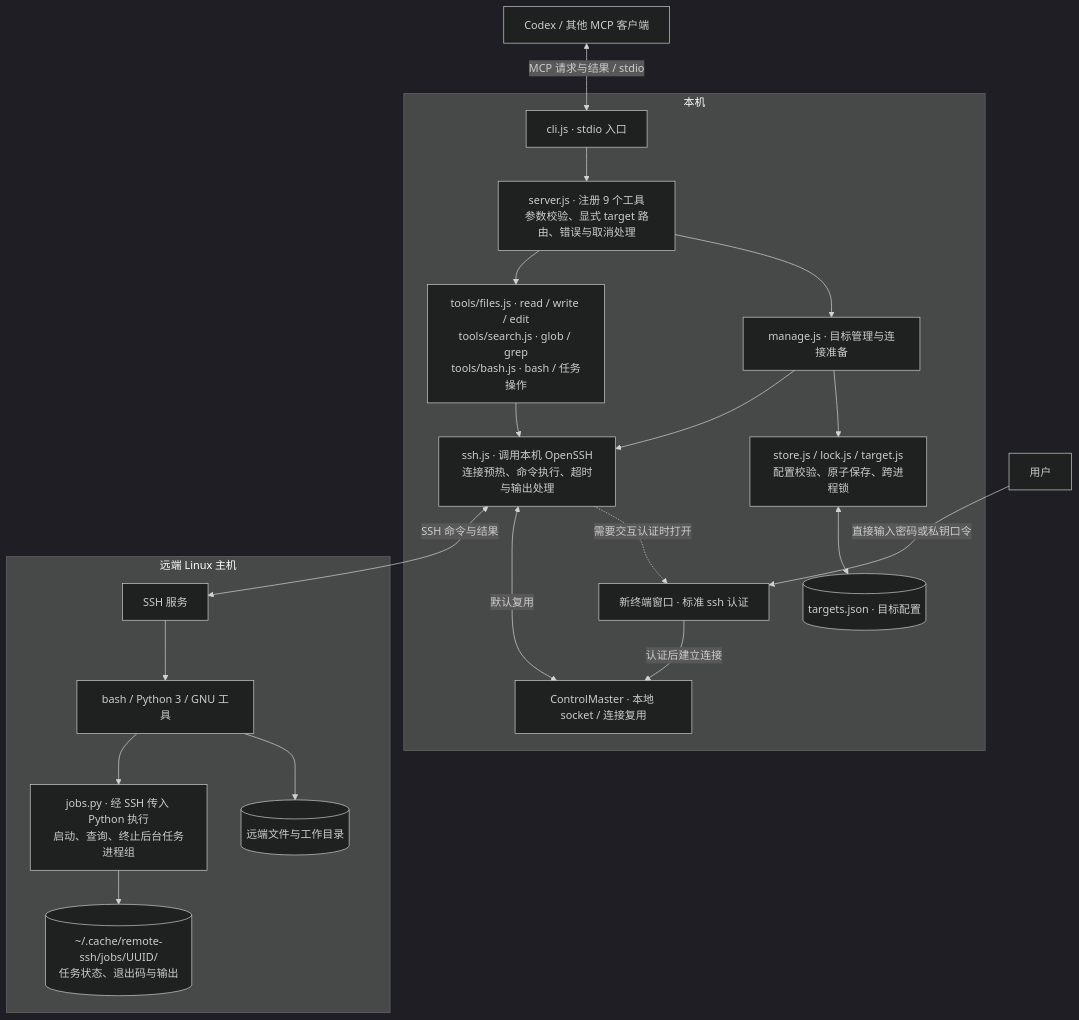
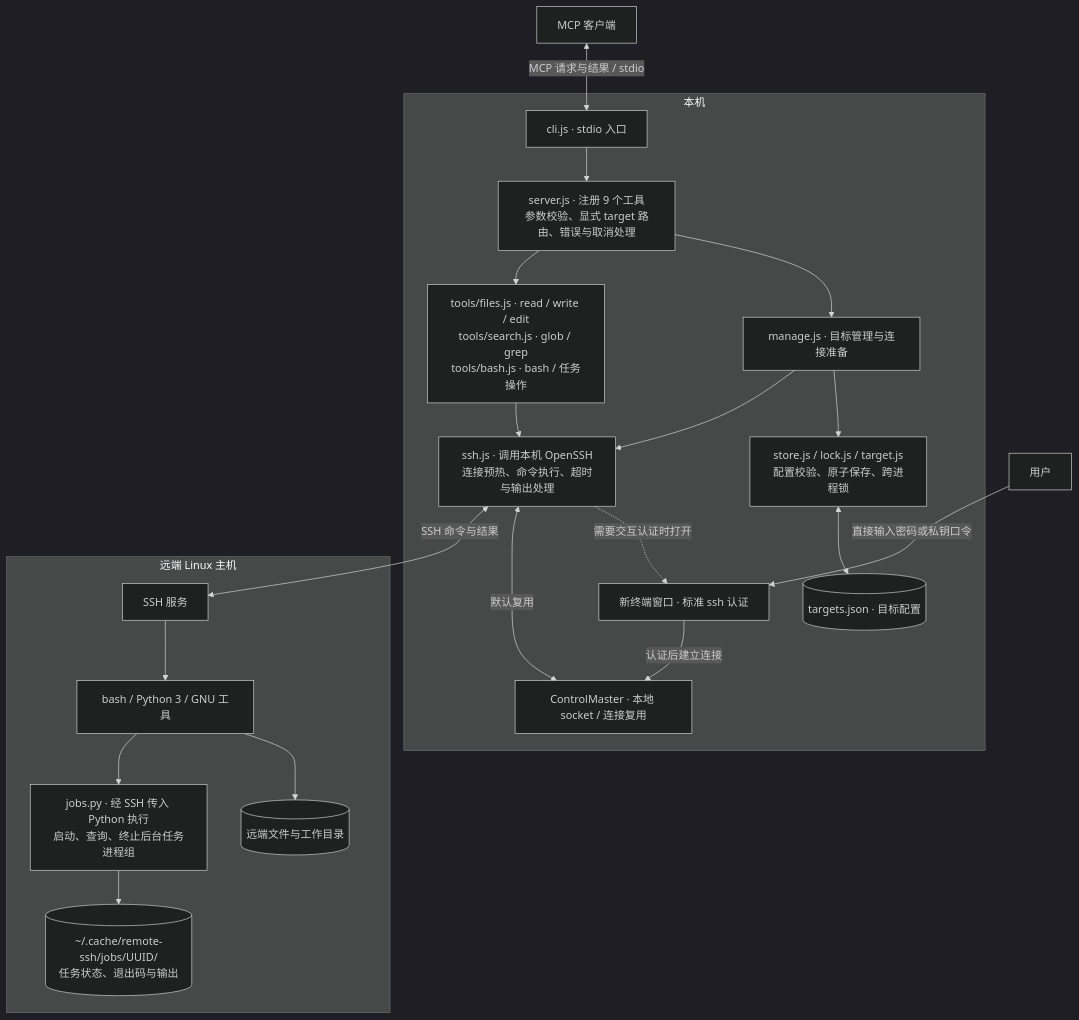
The diagram in README.md (seek-hope/Remote-SSH-MCP), drawn with Mermaid (dark theme) before and after one commit. The commit also changed other lines of this file, not shown here.

````diff
--- a/README.md
+++ b/README.md
@@ -9,45 +17,45 @@
 ```mermaid
 flowchart TB
-    Client["Codex / 其他 MCP 客户端"]
+    Client["MCP 客户端"]
     User["用户"]
 
     subgraph Local["本机"]
         CLI["cli.js · stdio 入口"]
         Server["server.js · 注册 9 个工具<br/>参数校验、显式 target 路由、错误与取消处理"]
         Manage["manage.js · 目标管理与连接准备"]
         Store["store.js / lock.js / target.js<br/>配置校验、原子保存、跨进程锁"]
         Targets[("targets.json · 目标配置")]
         Tools["tools/files.js · read / write / edit<br/>tools/search.js · glob / grep<br/>tools/bash.js · bash / 任务操作"]
         SSH["ssh.js · 调用本机 OpenSSH<br/>连接预热、命令执行、超时与输出处理"]
         Terminal["新终端窗口 · 标准 ssh 认证"]
         Master["ControlMaster · 本地 socket / 连接复用"]
 
         CLI --> Server
         Server --> Manage
         Manage --> Store
         Store <--> Targets
         Server --> Tools
         Manage --> SSH
         Tools --> SSH
         SSH -. "需要交互认证时打开" .-> Terminal
         Terminal -->|认证后建立连接| Master
         SSH <-->|默认复用| Master
     end
 
     subgraph Remote["远端 Linux 主机"]
         SSHD["SSH 服务"]
         Commands["bash / Python 3 / GNU 工具"]
         Files[("远端文件与工作目录")]
         Jobs["jobs.py · 经 SSH 传入 Python 执行<br/>启动、查询、终止后台任务进程组"]
         Logs[("~/.cache/remote-ssh/jobs/UUID/<br/>任务状态、退出码与输出")]
 
         SSHD --> Commands
         Commands --> Files
         Commands --> Jobs
         Jobs --> Logs
     end
 
     Client <-->|MCP 请求与结果 / stdio| CLI
     User -->|直接输入密码或私钥口令| Terminal
     SSH <-->|SSH 命令与结果| SSHD
 ```
````
